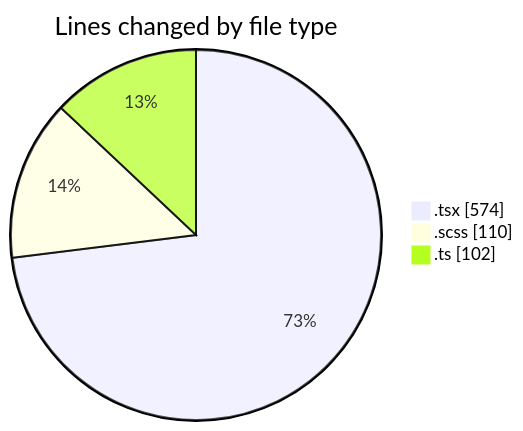
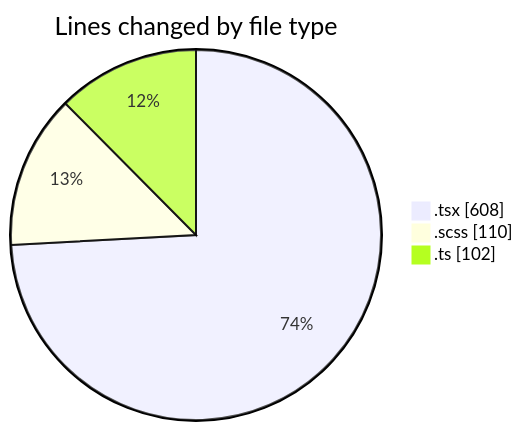
The first of 2 diagrams in 2026-11-06/cda/README.md (momahboobian/code-tracking), drawn with Mermaid before and after one commit. The commit also changed other lines of this file and 1 other file, not shown here.

````diff
--- a/2026-11-06/cda/README.md
+++ b/2026-11-06/cda/README.md
@@ -29,7 +29,7 @@
 ```mermaid
 pie showData
 title Lines changed by file type
-".tsx" : 574
+".tsx" : 608
 ".scss" : 110
 ".ts" : 102
 ```
````
